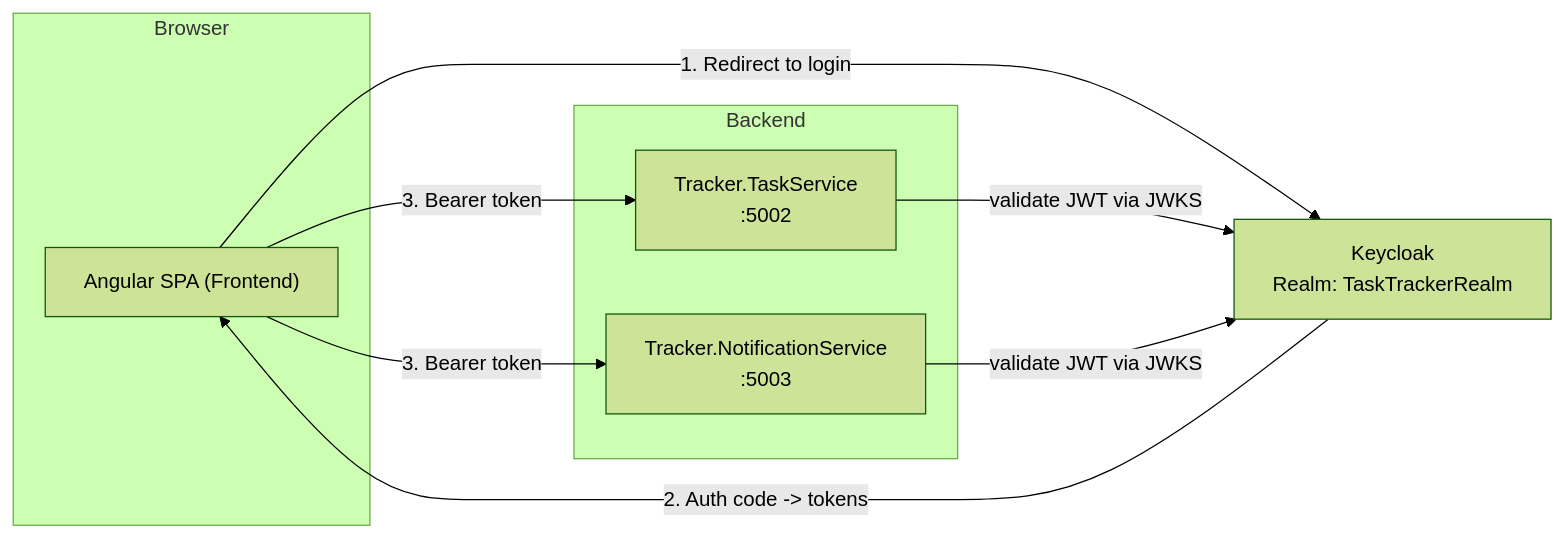
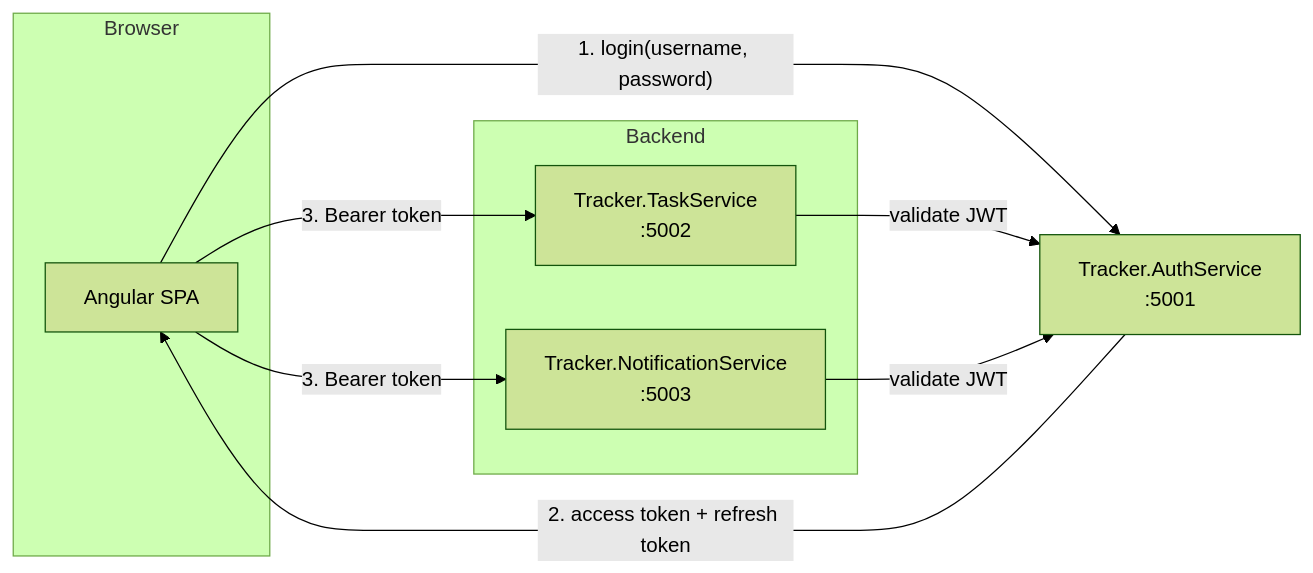
The diagram in README.md (kudoshinichi2k5/MyTaskTracker), drawn with Mermaid (forest theme) before and after one commit. The commit also changed other lines of this file, not shown here.

````diff
--- a/README.md
+++ b/README.md
@@ -9,18 +8,20 @@
 ```mermaid
 flowchart LR
     subgraph Browser
-        FE["Angular SPA (Frontend)"]
+        FE["Angular SPA"]
     end
-    IDP["Keycloak\nRealm: TaskTrackerRealm"]
+
+    AUTH["Tracker.AuthService\n:5001"]
+
     subgraph Backend
         TS["Tracker.TaskService\n:5002"]
         NS["Tracker.NotificationService\n:5003"]
     end
 
-    FE -- "1. Redirect to login" --> IDP
-    IDP -- "2. Auth code -> tokens" --> FE
+    FE -- "1. login(username, password)" --> AUTH
+    AUTH -- "2. access token + refresh token" --> FE
     FE -- "3. Bearer token" --> TS
     FE -- "3. Bearer token" --> NS
-    TS -- "validate JWT via JWKS" --> IDP
-    NS -- "validate JWT via JWKS" --> IDP
+    TS -- "validate JWT" --> AUTH
+    NS -- "validate JWT" --> AUTH
 ```
````
